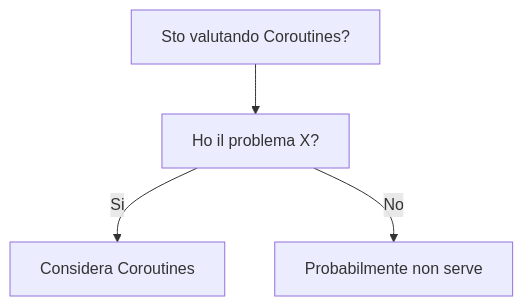
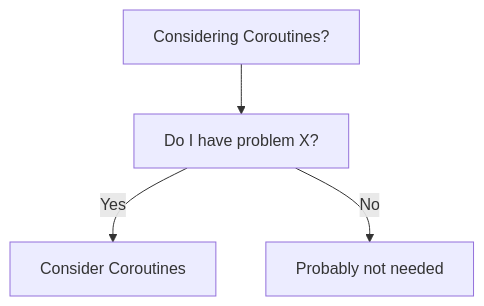
Before and after one commit to HxT9/Software-Dev-Wiki: the diagram in dev-wiki/04_Concurrency/Coroutines/When_To_Use.md, drawn with Mermaid. The commit also changed other lines of this file and 3444 other files, not shown here.

````diff
--- a/dev-wiki/04_Concurrency/Coroutines/When_To_Use.md
+++ b/dev-wiki/04_Concurrency/Coroutines/When_To_Use.md
@@ -19,6 +19,6 @@
 ```mermaid
 flowchart TD
-  Q[Sto valutando Coroutines?] --> Q1[Ho il problema X?]
-  Q1 -->|Si| OK[Considera Coroutines]
-  Q1 -->|No| NO[Probabilmente non serve]
+  Q[Considering Coroutines?] --> Q1[Do I have problem X?]
+  Q1 -->|Yes| OK[Consider Coroutines]
+  Q1 -->|No| NO[Probably not needed]
 ```
````
